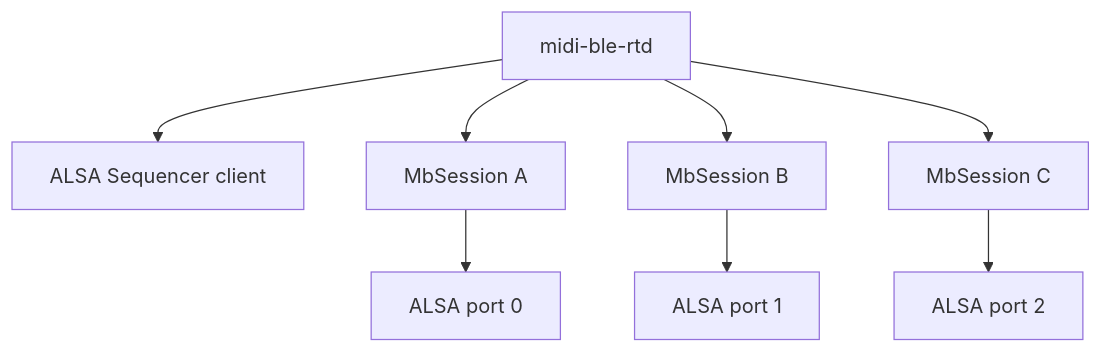
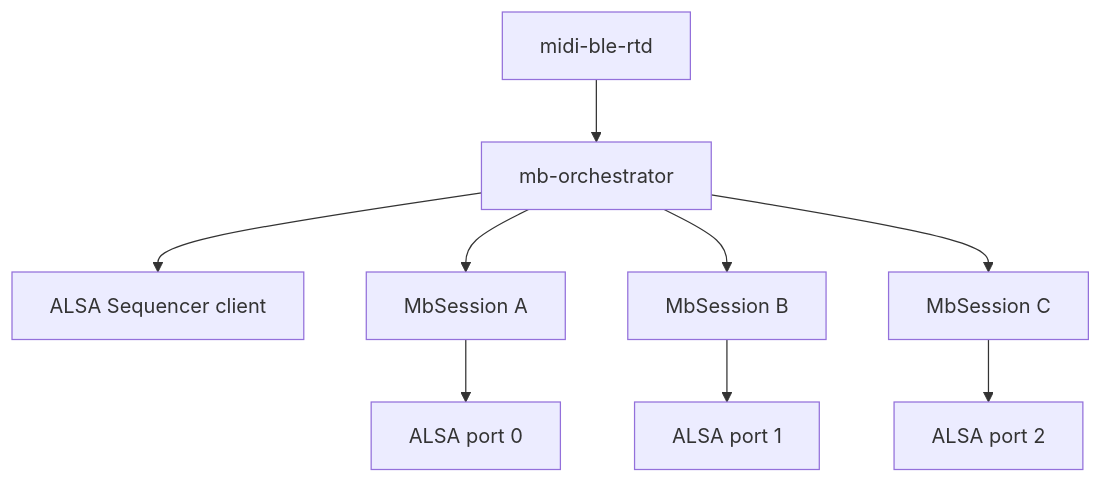
The second of 3 diagrams in DEVELOPERS.md (mwprado/midi-ble-rt), drawn with Mermaid before and after one commit. The commit also changed other lines of this file, not shown here.

Commit message:
Update developer docs for orchestrator structure

````diff
--- a/DEVELOPERS.md
+++ b/DEVELOPERS.md
@@ -66,14 +84,16 @@
 ```mermaid
 flowchart TB
     D[midi-ble-rtd]
+    O[mb-orchestrator]
     A[ALSA Sequencer client]
 
-    D --> A
-    D --> S1[MbSession A]
-    D --> S2[MbSession B]
-    D --> S3[MbSession C]
+    D --> O
+    O --> A
+    O --> S1[MbSession A]
+    O --> S2[MbSession B]
+    O --> S3[MbSession C]
 
     S1 --> P1[ALSA port 0]
     S2 --> P2[ALSA port 1]
     S3 --> P3[ALSA port 2]
 ```
````
